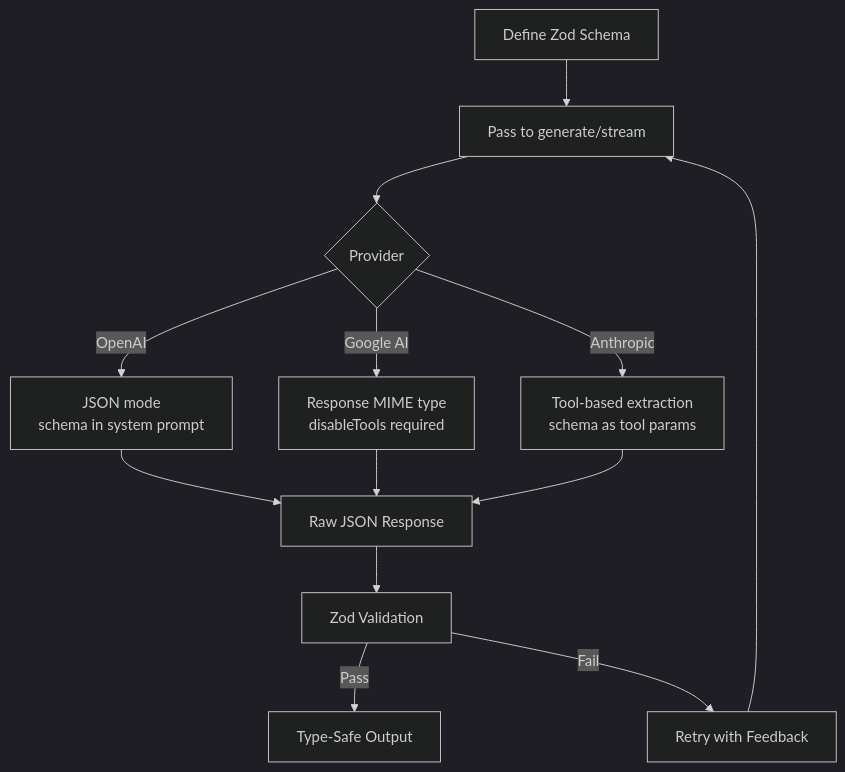
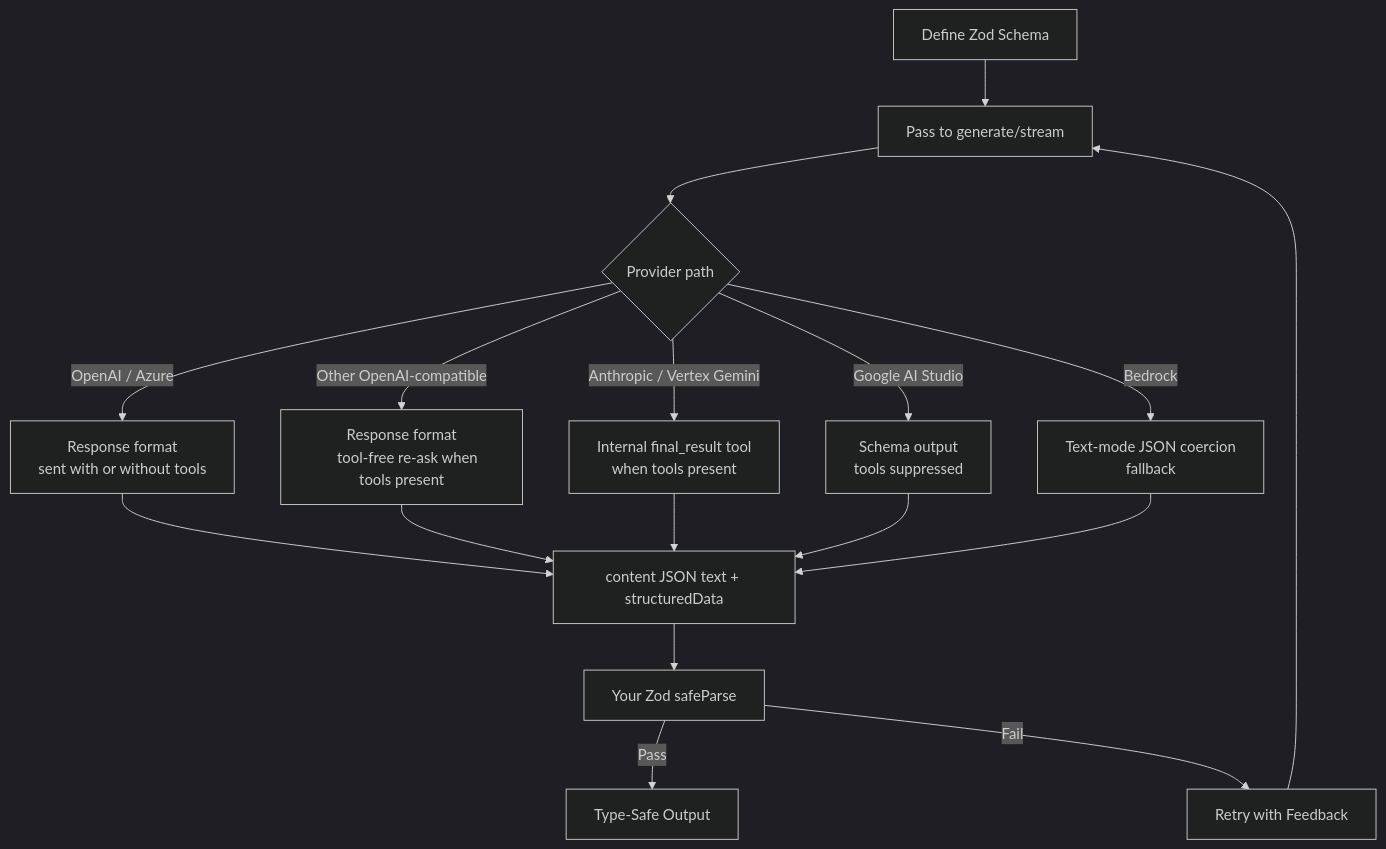
The second of 2 diagrams in _posts/2025-10-30-structured-output-llm-json-schema-typescript.md (juspay/neurolink-blog), drawn with Mermaid (dark theme) before and after one commit. The commit also changed other lines of this file and 172 other files, not shown here.

````diff
--- a/_posts/2025-10-30-structured-output-llm-json-schema-typescript.md
+++ b/_posts/2025-10-30-structured-output-llm-json-schema-typescript.md
@@ -385,18 +391,24 @@
 ```mermaid
 flowchart TD
     A[Define Zod Schema] --> B[Pass to generate/stream]
-    B --> C{Provider}
-    C -->|OpenAI| D["JSON mode
-    schema in system prompt"]
-    C -->|Google AI| E["Response MIME type
-    disableTools required"]
-    C -->|Anthropic| F["Tool-based extraction
-    schema as tool params"]
-    D --> G[Raw JSON Response]
+    B --> C{Provider path}
+    C -->|OpenAI / Azure| D["Response format
+    sent with or without tools"]
+    C -->|Other OpenAI-compatible| E["Response format
+    tool-free re-ask when tools present"]
+    C -->|Anthropic / Vertex Gemini| F["Internal final_result tool
+    when tools present"]
+    C -->|Google AI Studio| K["Schema output
+    tools suppressed"]
+    C -->|Bedrock| L["Text-mode JSON coercion
+    fallback"]
+    D --> G[content JSON text + structuredData]
     E --> G
     F --> G
-    G --> H[Zod Validation]
+    K --> G
+    L --> G
+    G --> H[Your Zod safeParse]
     H -->|Pass| I[Type-Safe Output]
     H -->|Fail| J[Retry with Feedback]
     J --> B
 ```
````
